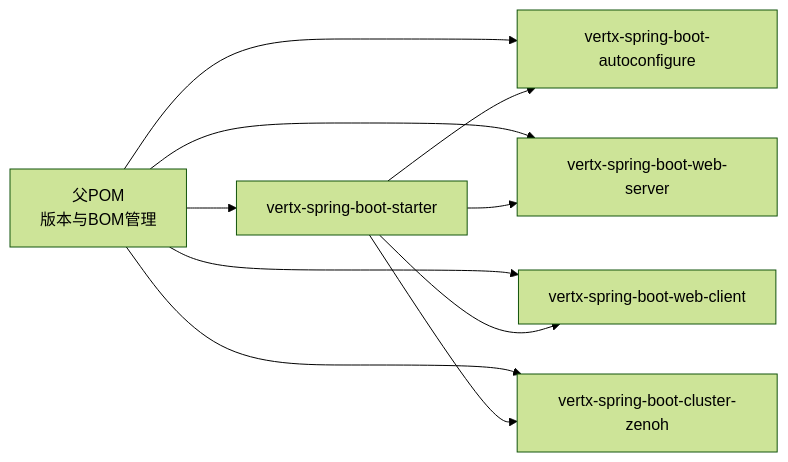
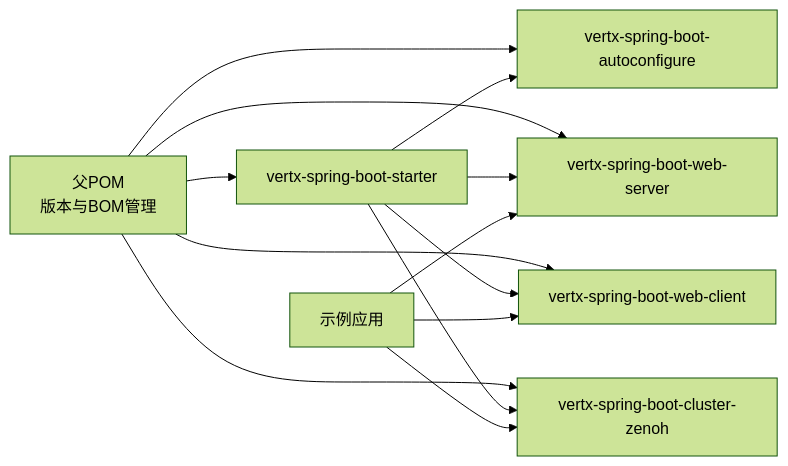
The ninth of 9 diagrams in .qoder/repowiki/zh/content/示例和最佳实践.md (ossworker/vertx-starter), drawn with Mermaid (forest theme) before and after one commit. The commit also changed other lines of this file and 7 other files, not shown here.

````diff
--- a/.qoder/repowiki/zh/content/示例和最佳实践.md
+++ b/.qoder/repowiki/zh/content/示例和最佳实践.md
@@ -281,12 +427,15 @@
 ```mermaid
 graph LR
 POM["父POM<br/>版本与BOM管理"] --> MOD1["vertx-spring-boot-starter"]
 POM --> MOD2["vertx-spring-boot-autoconfigure"]
 POM --> MOD3["vertx-spring-boot-web-server"]
 POM --> MOD4["vertx-spring-boot-web-client"]
 POM --> MOD5["vertx-spring-boot-cluster-zenoh"]
 MOD1 --> MOD2
 MOD1 --> MOD3
 MOD1 --> MOD4
 MOD1 --> MOD5
+EX_APP["示例应用"] --> MOD3
+EX_APP --> MOD4
+EX_APP --> MOD5
 ```
````
